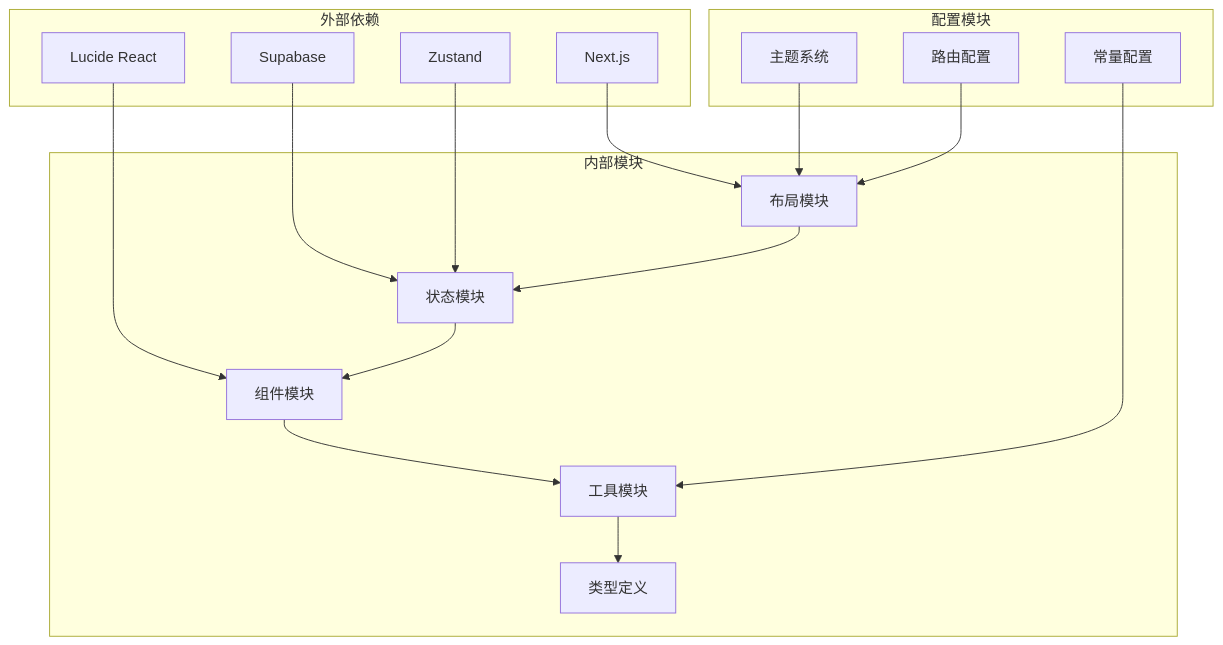
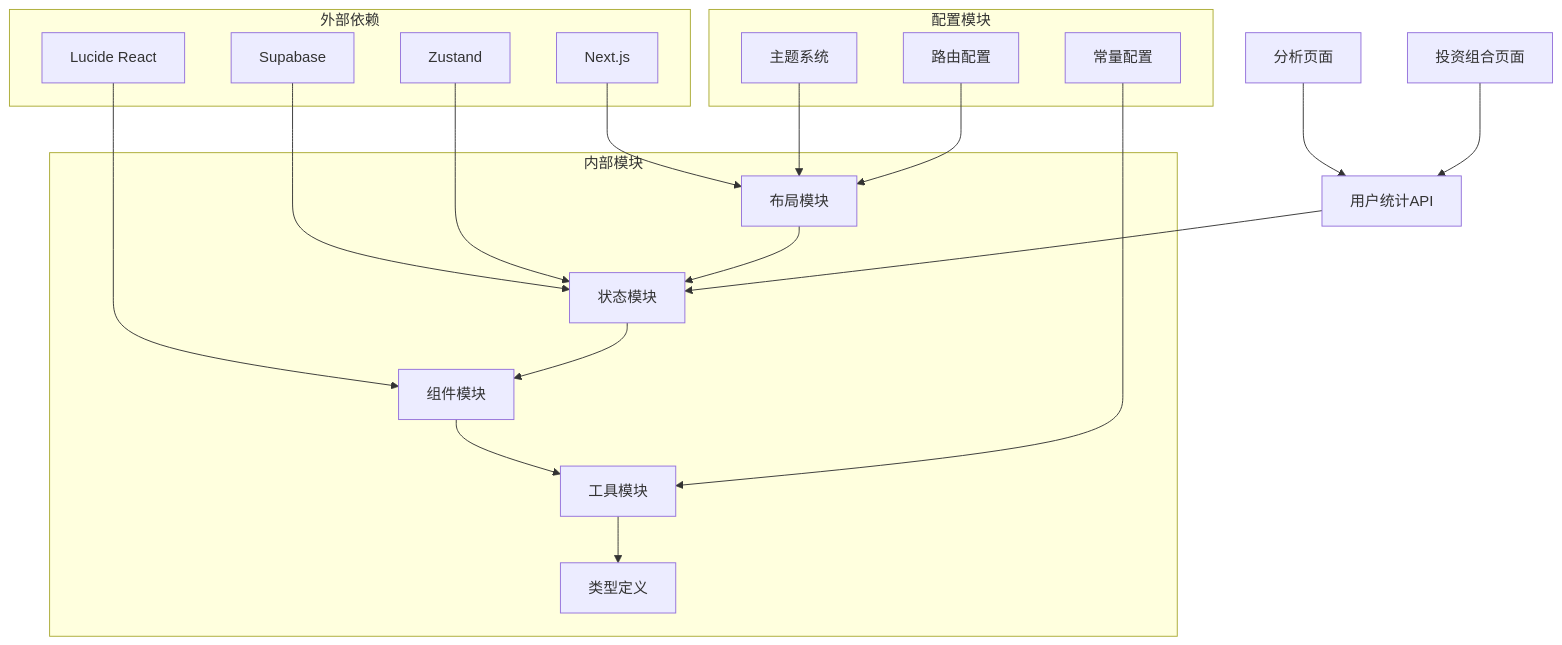
Diagram 11 of 11 in .qoder/repowiki/zh/content/架构设计/前端架构/仪表板系统.md (javalittleman1/virtual-stock-trading), drawn with Mermaid before and after one commit. The commit also changed other lines of this file and 6 other files, not shown here.

````diff
--- a/.qoder/repowiki/zh/content/架构设计/前端架构/仪表板系统.md
+++ b/.qoder/repowiki/zh/content/架构设计/前端架构/仪表板系统.md
@@ -363,32 +508,35 @@
 ```mermaid
 graph TB
 subgraph "外部依赖"
 NEXTJS[Next.js]
 SUPABASE[Supabase]
 ZUSTAND[Zustand]
 LUCIDE[Lucide React]
 end
 subgraph "内部模块"
 LAYOUT[布局模块]
 STORES[状态模块]
 COMPONENTS[组件模块]
 LIB[工具模块]
 TYPES[类型定义]
 end
 subgraph "配置模块"
 CONSTANTS[常量配置]
 THEME[主题系统]
 ROUTES[路由配置]
 end
 NEXTJS --> LAYOUT
 SUPABASE --> STORES
 ZUSTAND --> STORES
 LUCIDE --> COMPONENTS
 LAYOUT --> STORES
 STORES --> COMPONENTS
 COMPONENTS --> LIB
 LIB --> TYPES
 CONSTANTS --> LIB
 THEME --> LAYOUT
 ROUTES --> LAYOUT
+STATS_API[用户统计API] --> STORES
+ANALYSIS_PAGE[分析页面] --> STATS_API
+PORTFOLIO_PAGE[投资组合页面] --> STATS_API
 ```
````
